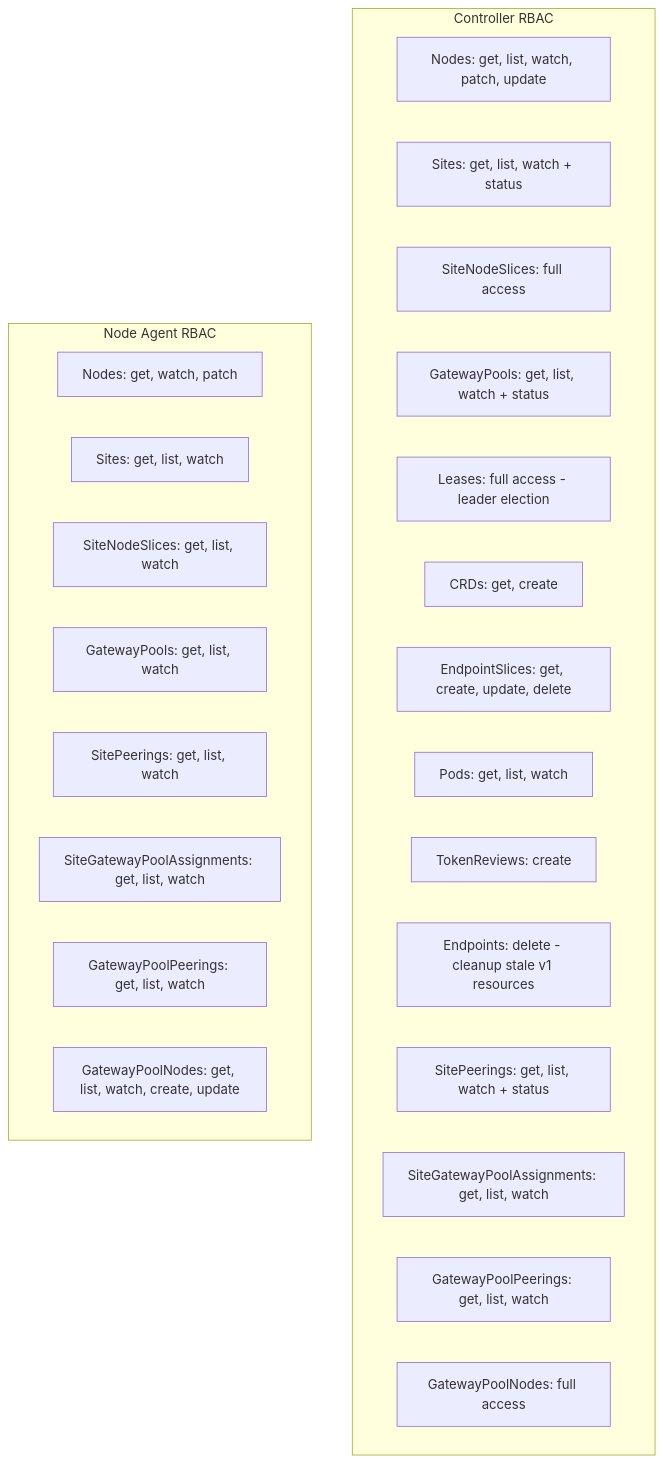
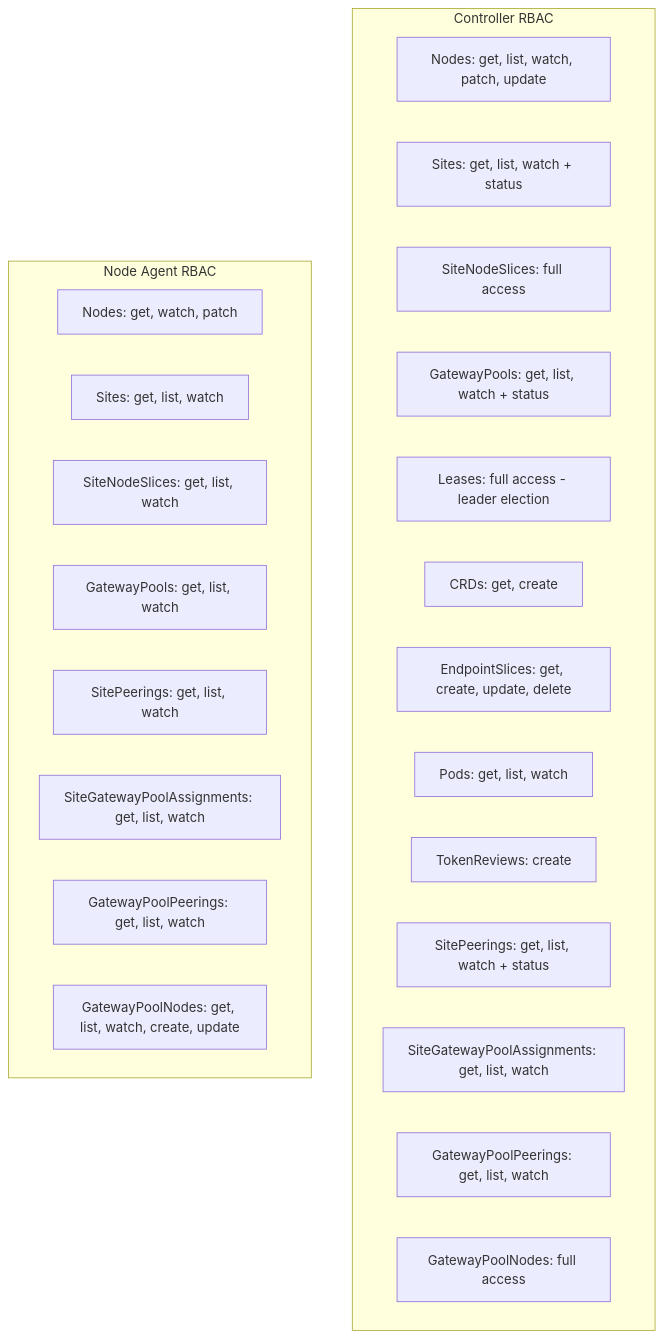
Diagram 17 of 22 in docs/net/architecture.md (Azure/unbounded), drawn with Mermaid before and after one commit. The commit also changed other lines of this file and 9 other files, not shown here.

````diff
--- a/docs/net/architecture.md
+++ b/docs/net/architecture.md
@@ -672,30 +672,29 @@
 ```mermaid
 graph TD
     subgraph "Controller RBAC"
         CR1[Nodes: get, list, watch, patch, update]
         CR2[Sites: get, list, watch + status]
         CR3[SiteNodeSlices: full access]
         CR4[GatewayPools: get, list, watch + status]
         CR5[Leases: full access - leader election]
         CR6[CRDs: get, create]
         CR7[EndpointSlices: get, create, update, delete]
         CR8[Pods: get, list, watch]
         CR9[TokenReviews: create]
-        CR10[Endpoints: delete - cleanup stale v1 resources]
         CR11[SitePeerings: get, list, watch + status]
         CR12[SiteGatewayPoolAssignments: get, list, watch]
         CR13[GatewayPoolPeerings: get, list, watch]
         CR14[GatewayPoolNodes: full access]
     end
 
     subgraph "Node Agent RBAC"
         NR1[Nodes: get, watch, patch]
         NR2[Sites: get, list, watch]
         NR3[SiteNodeSlices: get, list, watch]
         NR4[GatewayPools: get, list, watch]
         NR5[SitePeerings: get, list, watch]
         NR6[SiteGatewayPoolAssignments: get, list, watch]
         NR7[GatewayPoolPeerings: get, list, watch]
         NR8[GatewayPoolNodes: get, list, watch, create, update]
     end
 ```
````
